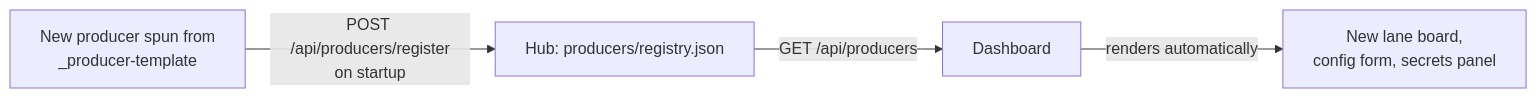
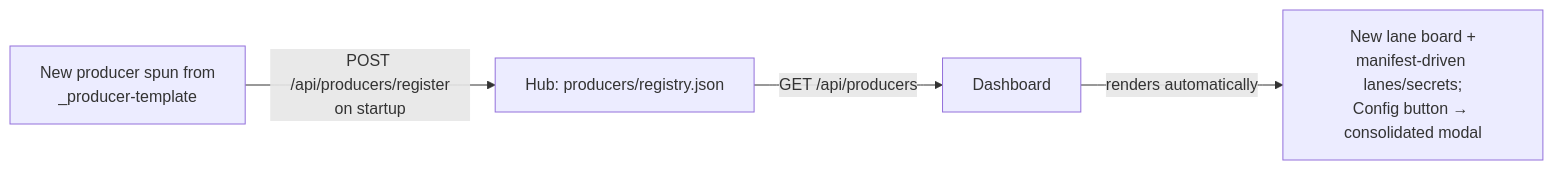
One commit to VincitoreSi/TheCuttingRoom changed the second of 2 diagrams in documentation/docs/agents-dashboard.md. Above: the diagram before and after it, drawn with Mermaid. The commit also changed other lines of this file and 10 other files, not shown here.

````diff
--- a/documentation/docs/agents-dashboard.md
+++ b/documentation/docs/agents-dashboard.md
@@ -236,6 +237,6 @@
 ```mermaid
 flowchart LR
     A[New producer spun from<br/>_producer-template] -->|POST /api/producers/register<br/>on startup| Hub[Hub: producers/registry.json]
     Hub -->|GET /api/producers| Dash[Dashboard]
-    Dash -->|renders automatically| Lane[New lane board,<br/>config form, secrets panel]
+    Dash -->|renders automatically| Lane[New lane board +<br/>manifest-driven lanes/secrets;<br/>Config button → consolidated modal]
 ```
````
